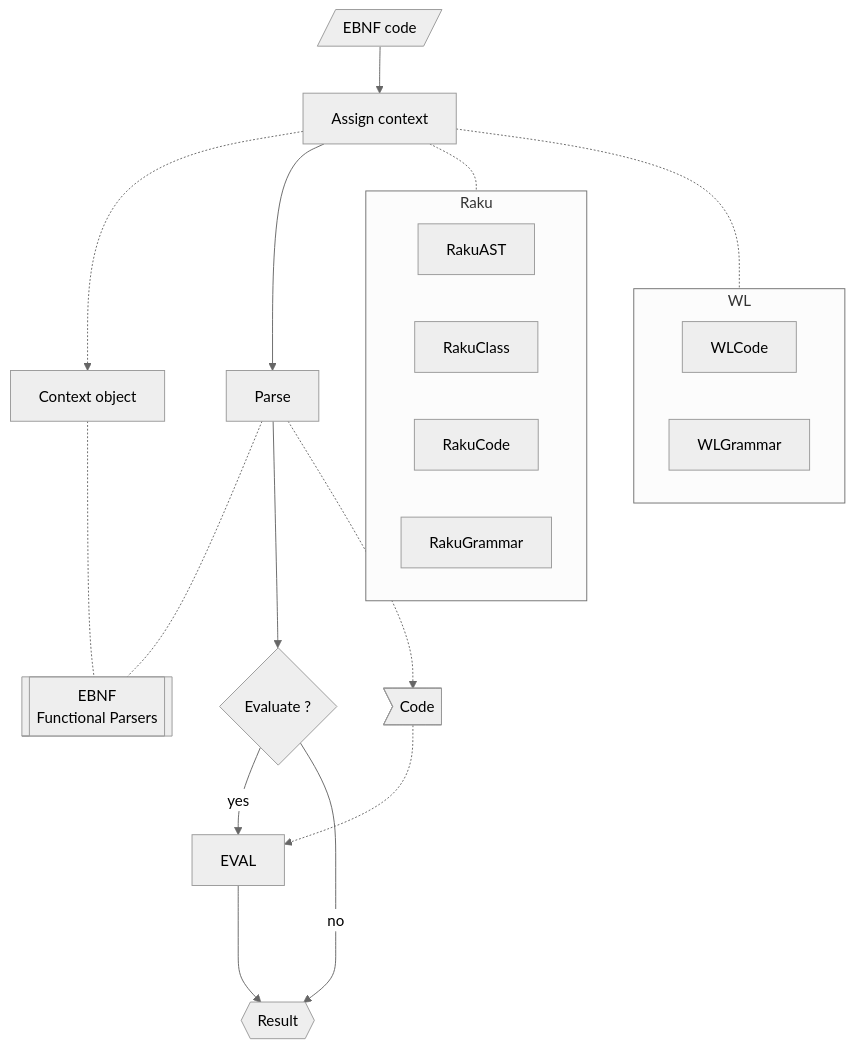
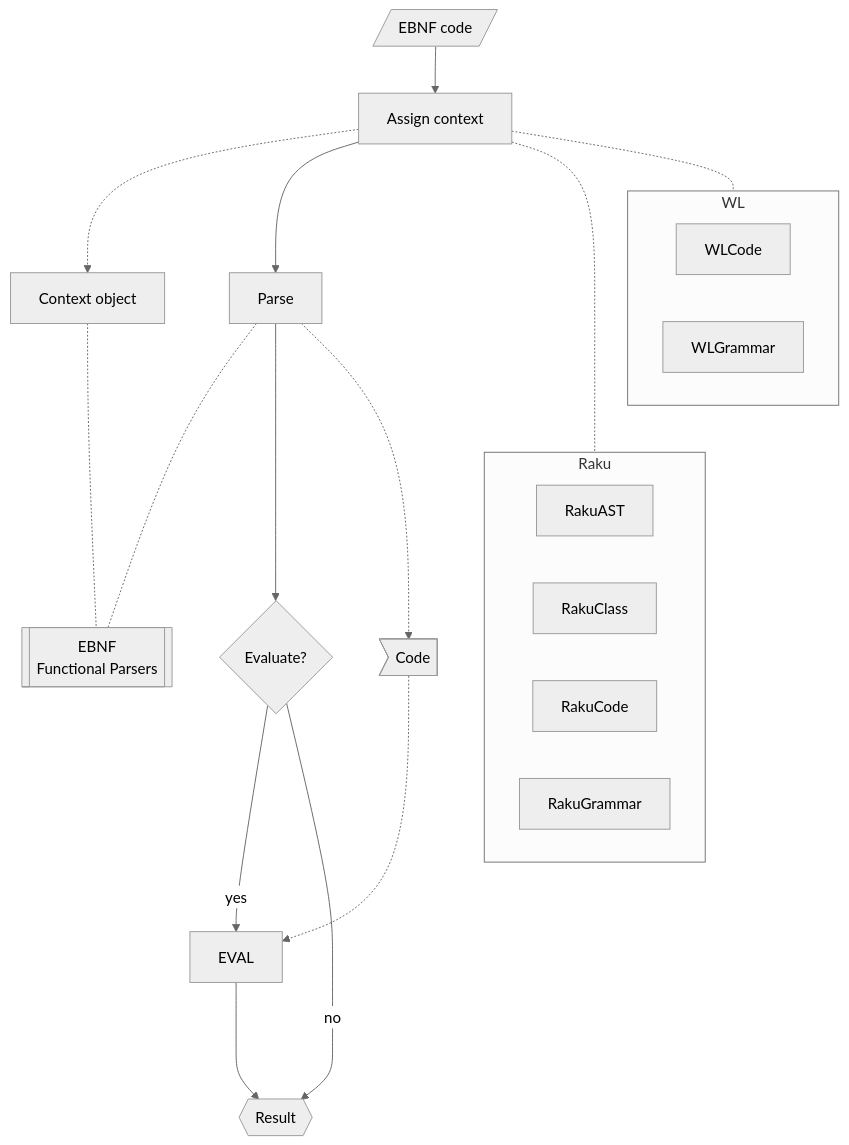
The diagram in README-work.md (antononcube/Raku-FunctionalParsers), drawn with Mermaid (neutral theme) before and after one commit. The commit also changed 1 other file, not shown here.

Commit message:
docs:Better flowchart.

````diff
--- a/README-work.md
+++ b/README-work.md
@@ -283,40 +283,40 @@
 ```mermaid
 graph TD
     FPs[[EBNF<br/>Functional Parsers]]
     RakuAST[RakuAST]
     RakuClass[RakuClass]
     RakuCode[RakuCode]
     RakuGrammar[RakuGrammar]
     WLCode[WLCode]
     WLGrammar[WLGrammar]
-    EBNFcode[/EBNF code/]
+    Input[/EBNF code/]
     PickTarget[Assign context]
     Parse[Parse]
-    QEVAL{Evaluate ?}
+    QEVAL{Evaluate?}
     Code>Code]
     Context[Context object]
     Result{{Result}}
-    EBNFcode --> PickTarget
-    PickTarget -.- Raku
+    Input --> PickTarget
+    PickTarget -..- Raku
     PickTarget -.- WL
     PickTarget -.-> Context
     PickTarget --> Parse
     Parse -.- FPs
     Context -.- FPs
     Parse --> QEVAL
     Parse -.-> Code
     QEVAL --> |yes|EVAL
     Code -.-> EVAL 
     EVAL ---> Result
     QEVAL ---> |no|Result
     subgraph Raku
         RakuAST
         RakuClass
         RakuCode
         RakuGrammar
     end    
     subgraph WL
         WLCode
         WLGrammar
-    end  
+    end
 ```
````
